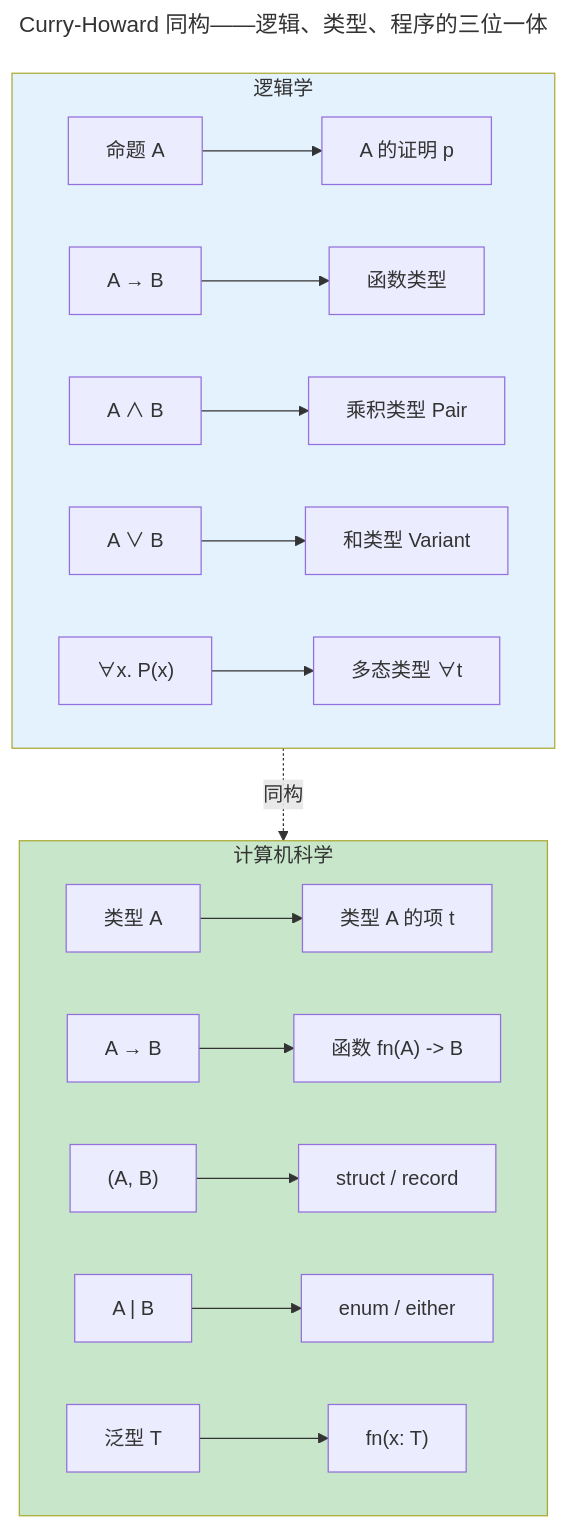
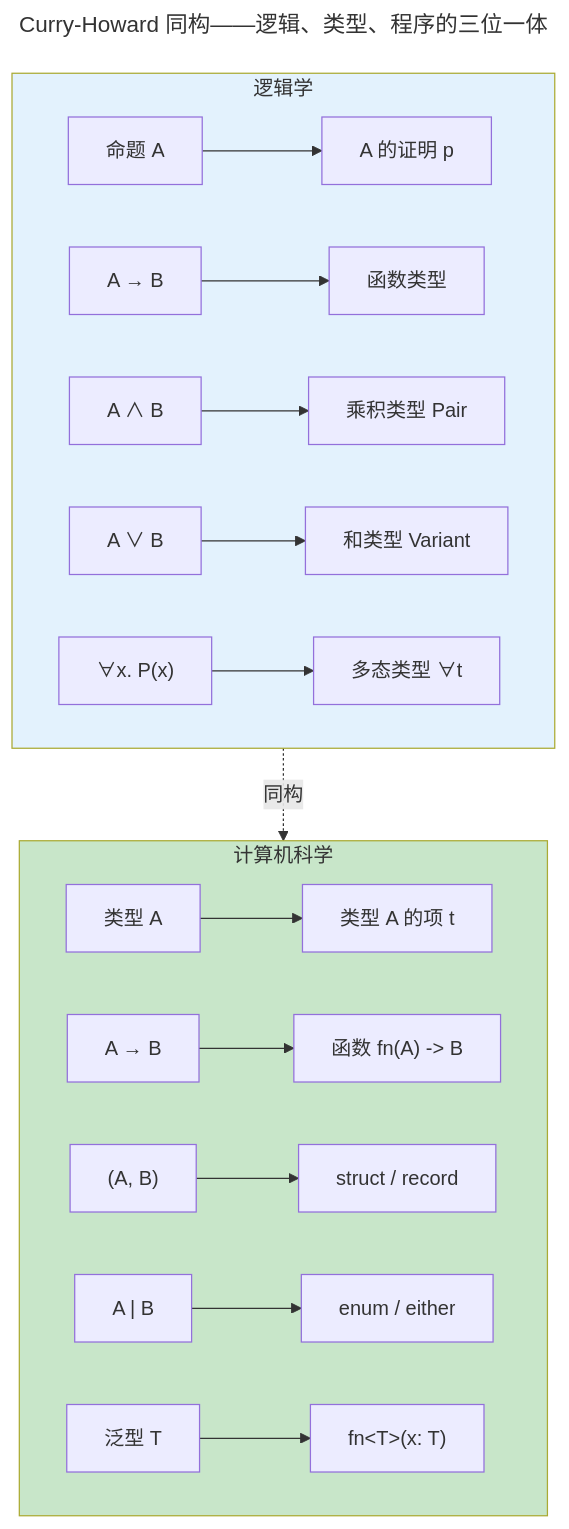
The second of 2 diagrams in src/content/docs/00-lingxi/02-formal-logic.md (yadayanxue/silicon-strides), drawn with Mermaid before and after one commit. The commit also changed 3 other files, not shown here.

First line of the commit message:
docs: 修复卷0-02 Curry-Howard Mermaid 图 <T> 被 HTML 解析器吞掉

````diff
--- a/src/content/docs/00-lingxi/02-formal-logic.md
+++ b/src/content/docs/00-lingxi/02-formal-logic.md
@@ -67,26 +67,26 @@
 ```mermaid
 ---
 title: Curry-Howard 同构——逻辑、类型、程序的三位一体
 ---
 graph TD
     subgraph LOGIC["逻辑学"]
         PROP["命题 A"] --> PROOF["A 的证明 p"]
         IMPL["A → B"] --> FUNC_TYPE["函数类型"]
         AND["A ∧ B"] --> PAIR["乘积类型 Pair"]
         OR["A ∨ B"] --> VARIANT["和类型 Variant"]
         FORALL["∀x. P(x)"] --> POLY["多态类型 ∀t"]
     end
 
     subgraph CS["计算机科学"]
         TYPE["类型 A"] --> TERM["类型 A 的项 t"]
         ARROW["A → B"] --> FUNC_IMPL["函数 fn(A) -> B"]
         PROD["(A, B)"] --> STRUCT["struct / record"]
         SUM["A | B"] --> ENUM["enum / either"]
-        UNIV["泛型 T"] --> GENERIC["fn<T>(x: T)"]
+        UNIV["泛型 T"] --> GENERIC["fn#60;T#62;(x: T)"]
     end
 
     LOGIC -.->|"同构"| CS
 
     style LOGIC fill:#e3f2fd
     style CS fill:#c8e6c9
 ```
````
